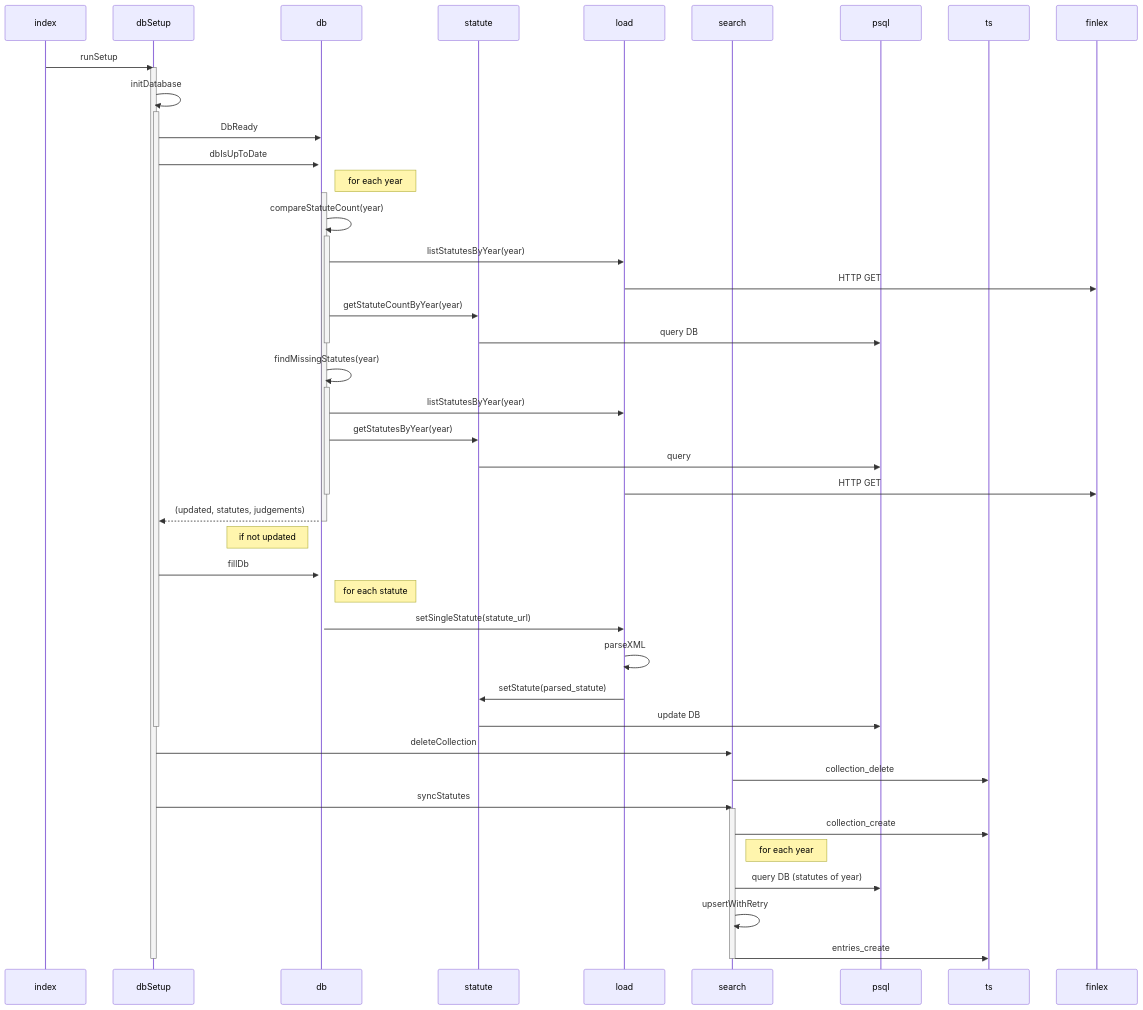
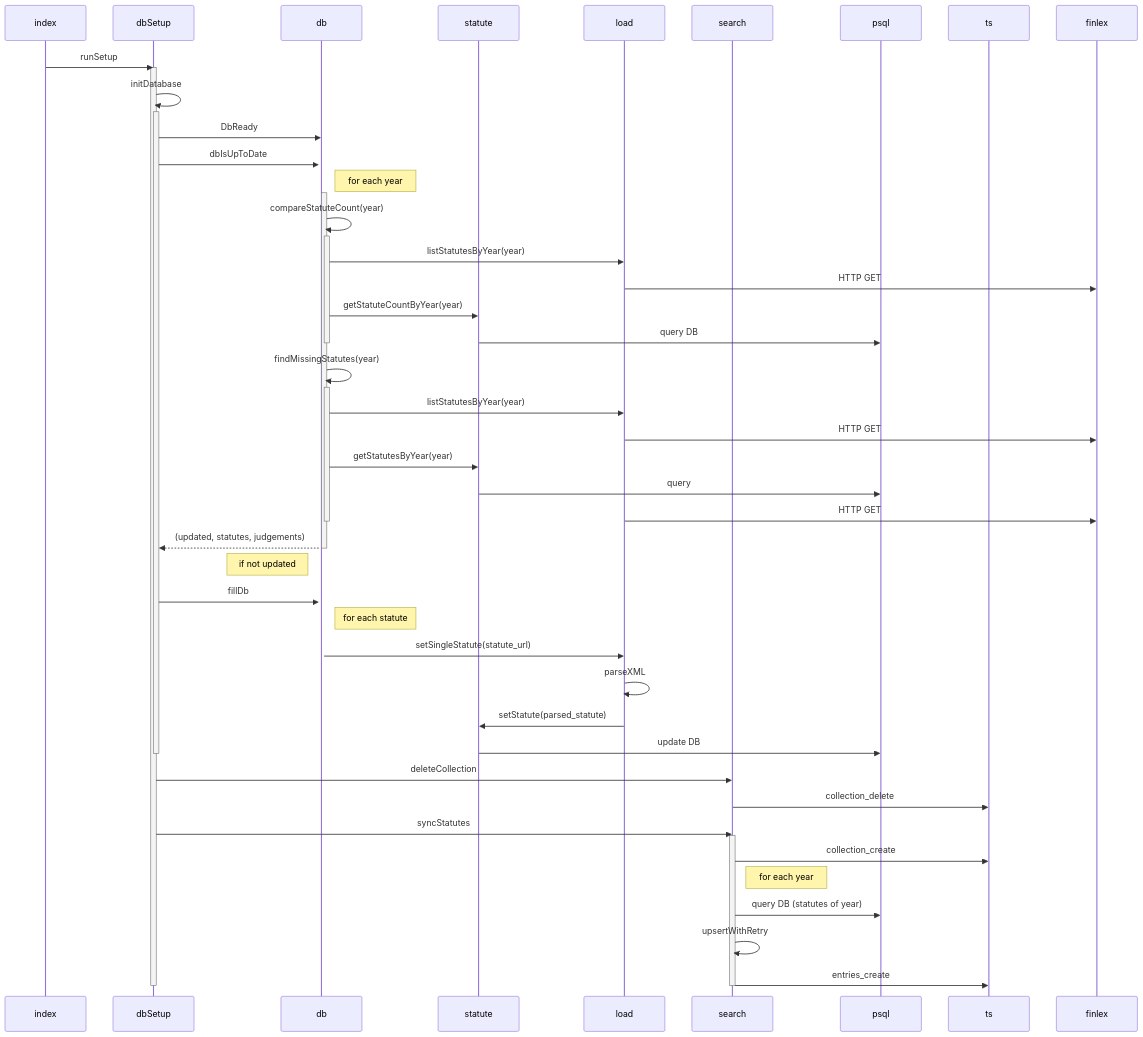
One commit to UniversityOfHelsinkiCS/finlex changed the diagram in README.md. Above: the diagram before and after it, drawn with Mermaid. The commit also changed 2 other files, not shown here.

````diff
--- a/README.md
+++ b/README.md
@@ -16,56 +16,57 @@
 ```mermaid
 sequenceDiagram
   participant index
   participant dbSetup
   participant db
   participant statute
   participant load
   participant search
   participant psql
   participant ts
   participant finlex
 
   index ->> dbSetup: runSetup
   activate dbSetup
   dbSetup ->> dbSetup: initDatabase
     activate dbSetup
     dbSetup ->> db: DbReady
     dbSetup ->>+ db: dbIsUpToDate
     Note right of db: for each year
       activate db
       db ->> db: compareStatuteCount(year)
         activate db
         db ->> load: listStatutesByYear(year)
         load ->> finlex: HTTP GET
         db ->> statute: getStatuteCountByYear(year)
         statute ->> psql: query DB
         deactivate db
       db ->> db: findMissingStatutes(year)
         activate db
         db ->> load : listStatutesByYear(year)
+        load ->> finlex: HTTP GET
         db ->> statute: getStatutesByYear(year)
         statute ->> psql: query
         load ->> finlex: HTTP GET
         deactivate db
       db -->> dbSetup: (updated, statutes, judgements)
       deactivate db
     Note left of db: if not updated
     dbSetup ->> db: fillDb
     Note right of db: for each statute
     db ->> load: setSingleStatute(statute_url)
     load ->> load: parseXML
     load ->> statute: setStatute(parsed_statute)
     statute ->> psql: update DB
     deactivate dbSetup
   dbSetup ->> search: deleteCollection
   search ->> ts: collection_delete
   dbSetup ->> search: syncStatutes
     activate search
     search ->> ts: collection_create
     Note right of search: for each year
     search ->> psql: query DB (statutes of year)
     search ->> search: upsertWithRetry
     search ->> ts: entries_create
     deactivate search
   deactivate dbSetup
 ```
````
